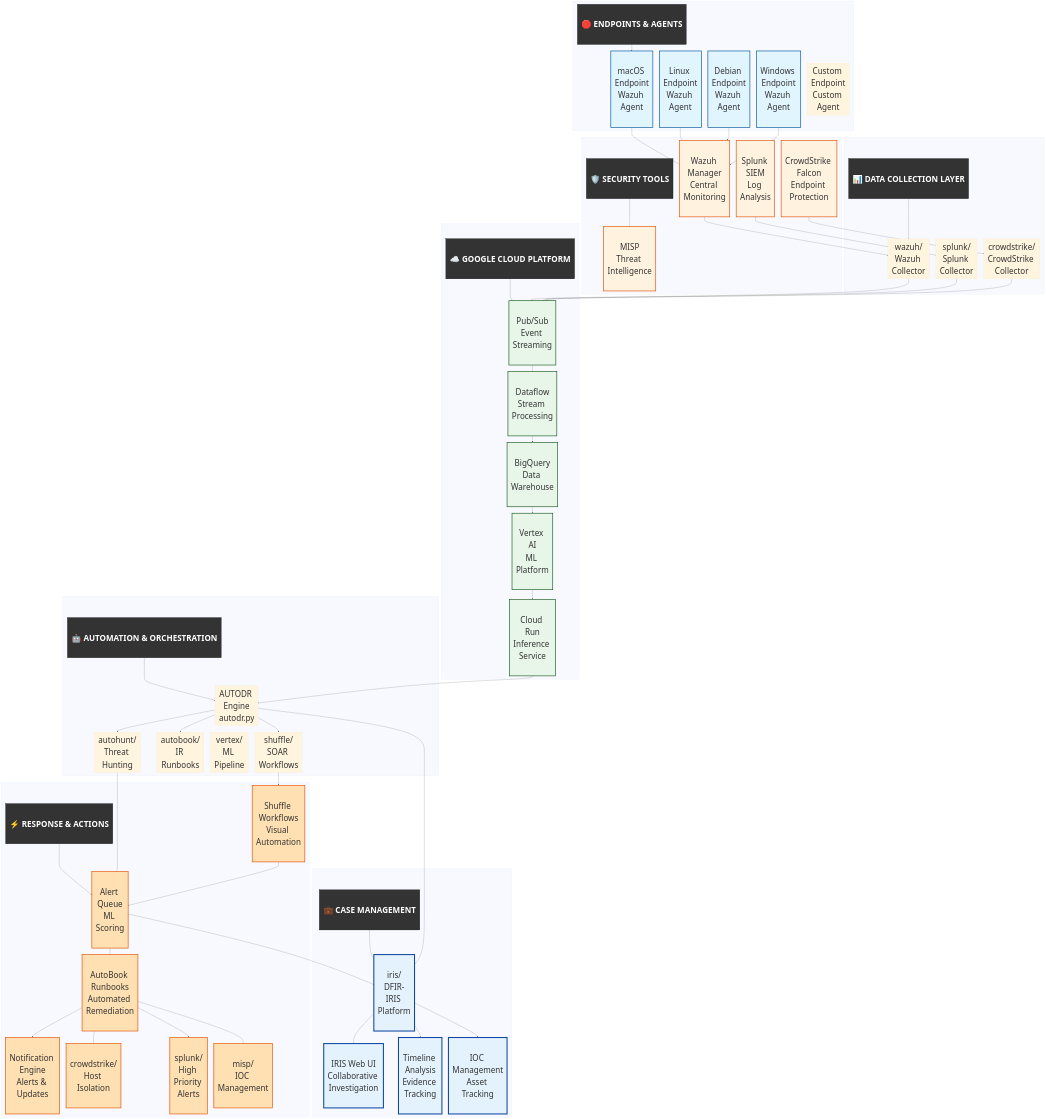
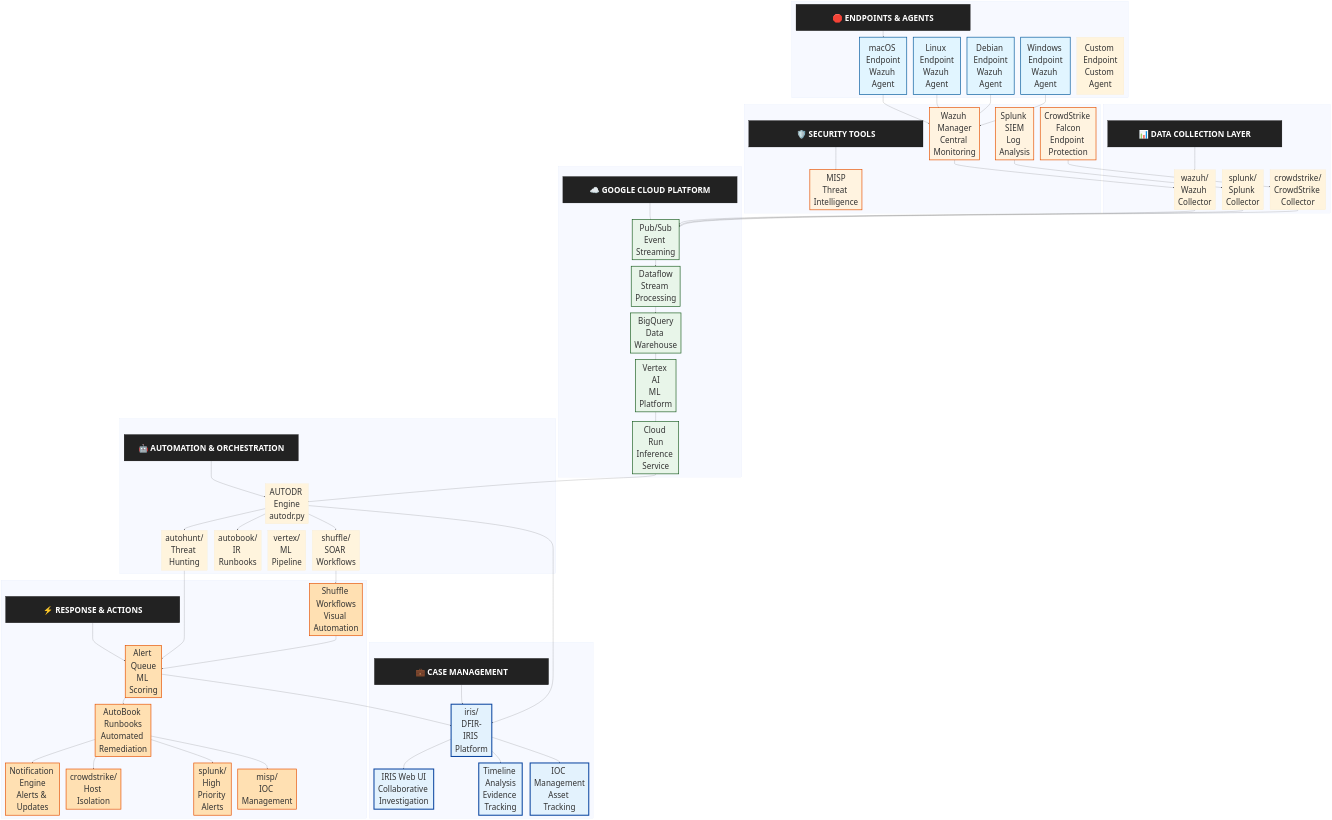
One commit to st-mn/autodr changed the diagram in README.md. Above: the diagram before and after it, drawn with Mermaid.

````diff
--- a/README.md
+++ b/README.md
@@ -61,17 +61,17 @@
 ```mermaid
-%%{init: { 'theme': 'base', 'themeVariables': { 'fontSize': '62px', 'subgraphFontSize': '10px', 'edgeFontSize': '30px', 'nodeSpacing': 200, 'rankSpacing': 300, 'clusterPadding': 100 } } }%%
+%%{init: { 'theme': 'base', 'themeVariables': { 'fontSize': '62px', 'subgraphFontSize': '10px', 'edgeFontSize': '30px', 'nodeSpacing': 300, 'rankSpacing': 300, 'clusterPadding': 80 } } }%%
 graph TB
     subgraph Endpoints[" "]
-        Header1["🛑&nbsp;ENDPOINTS&nbsp;&&nbsp;AGENTS"]:::sectionHeader --> MacOS
-        MacOS["macOS Endpoint<br/>Wazuh Agent"]
-        Linux["Linux Endpoint<br/>Wazuh Agent"]
-        Debian["Debian Endpoint<br/>Wazuh Agent"]
-        Windows["Windows Endpoint<br/>Wazuh Agent"]
-        CustomAgent["Custom Endpoint<br/>Custom Agent"]
+        Header1["<div style='min-width:1200px; padding:40px;'>🛑&nbsp;ENDPOINTS&nbsp;&&nbsp;AGENTS</div>"]:::sectionHeader --> MacOS
+        MacOS["<div style='padding:20px;'>macOS Endpoint<br/>Wazuh Agent</div>"]
+        Linux["<div style='padding:20px;'>Linux Endpoint<br/>Wazuh Agent</div>"]
+        Debian["<div style='padding:20px;'>Debian Endpoint<br/>Wazuh Agent</div>"]
+        Windows["<div style='padding:20px;'>Windows Endpoint<br/>Wazuh Agent</div>"]
+        CustomAgent["<div style='padding:20px;'>Custom Endpoint<br/>Custom Agent</div>"]
     end
 
     subgraph SecurityTools[" "]
-        Header2["🛡️&nbsp;SECURITY&nbsp;TOOLS"]:::sectionHeader --> MISP
+        Header2["<div style='min-width:1200px; padding:40px;'>🛡️&nbsp;SECURITY&nbsp;TOOLS</div>"]:::sectionHeader --> MISP
         MISP["MISP<br/>Threat Intelligence"]
         WazuhManager["Wazuh Manager<br/>Central Monitoring"]
         Splunk["Splunk SIEM<br/>Log Analysis"]
@@ -79,14 +79,14 @@
     end
 
     subgraph DataCollection[" "]
-        Header3["📊&nbsp;DATA&nbsp;COLLECTION&nbsp;LAYER"]:::sectionHeader --> WazuhCollector
+        Header3["<div style='min-width:1200px; padding:40px;'>📊&nbsp;DATA&nbsp;COLLECTION&nbsp;LAYER</div>"]:::sectionHeader --> WazuhCollector
         WazuhCollector["wazuh/<br/>Wazuh Collector"]
         SplunkCollector["splunk/<br/>Splunk Collector"]
         CrowdStrikeCollector["crowdstrike/<br/>CrowdStrike Collector"]
     end
 
     subgraph GCP[" "]
-        Header4["☁️&nbsp;GOOGLE&nbsp;CLOUD&nbsp;PLATFORM"]:::sectionHeader --> PubSub
+        Header4["<div style='min-width:1200px; padding:40px;'>☁️&nbsp;GOOGLE&nbsp;CLOUD&nbsp;PLATFORM</div>"]:::sectionHeader --> PubSub
         PubSub["Pub/Sub<br/>Event Streaming"]
         Dataflow["Dataflow<br/>Stream Processing"]
         BigQuery["BigQuery<br/>Data Warehouse"]
@@ -95,7 +95,7 @@
     end
 
     subgraph AutomationLayer[" "]
-        Header5["🤖&nbsp;AUTOMATION&nbsp;&&nbsp;ORCHESTRATION"]:::sectionHeader --> AUTODR
+        Header5["<div style='min-width:1200px; padding:40px;'>🤖&nbsp;AUTOMATION&nbsp;&&nbsp;ORCHESTRATION</div>"]:::sectionHeader --> AUTODR
         AUTODR["AUTODR Engine<br/>autodr.py"]
         AutoHunt["autohunt/<br/>Threat Hunting"]
         AutoBook["autobook/<br/>IR Runbooks"]
@@ -104,7 +104,7 @@
     end
 
     subgraph CaseManagement[" "]
-        Header6["💼&nbsp;CASE&nbsp;MANAGEMENT"]:::sectionHeader --> IRIS
+        Header6["<div style='min-width:1200px; padding:40px;'>💼&nbsp;CASE&nbsp;MANAGEMENT</div>"]:::sectionHeader --> IRIS
         IRIS["iris/<br/>DFIR-IRIS Platform"]
         IRISWeb["IRIS Web UI<br/>Collaborative Investigation"]
         IRISTimeline["Timeline Analysis<br/>Evidence Tracking"]
@@ -112,7 +112,7 @@
     end
 
     subgraph ResponseActions[" "]
-        Header7["⚡&nbsp;RESPONSE&nbsp;&&nbsp;ACTIONS"]:::sectionHeader --> AlertQueue
+        Header7["<div style='min-width:1200px; padding:40px;'>⚡&nbsp;RESPONSE&nbsp;&&nbsp;ACTIONS</div>"]:::sectionHeader --> AlertQueue
         AlertQueue["Alert Queue<br/>ML Scoring"]
         ShuffleWorkflows["Shuffle Workflows<br/>Visual Automation"]
         ResponsePlaybooks["AutoBook Runbooks<br/>Automated Remediation"]
@@ -122,7 +122,7 @@
         MISPIntegration["misp/<br/>IOC Management"]
     end
 
-    %% Logic Connections
+    %% Flow Connections
     WazuhManager --> WazuhCollector
     Splunk --> SplunkCollector
     CrowdStrike --> CrowdStrikeCollector
@@ -131,7 +131,6 @@
     CloudRun --> AUTODR
     AUTODR --> AutoHunt & AutoBook & Shuffle & IRIS
     
-    %% Specific Data Links
     MacOS & Linux & Debian & Windows --> WazuhManager
     AutoHunt --> AlertQueue
     Shuffle --> ShuffleWorkflows --> AlertQueue
@@ -139,13 +138,13 @@
     ResponsePlaybooks --> NotificationEngine & CrowdStrikeResponse & SplunkAlert & MISPIntegration
     IRIS --> IRISWeb & IRISTimeline & IRISIOC
 
-    %% Styling with High Padding instead of Width
-    classDef sectionHeader fill:#333,color:#fff,stroke:#000,stroke-width:2px,font-weight:bold,padding:60px
-    classDef endpoint fill:#e1f5ff,stroke:#01579b,stroke-width:5px,padding:40px
-    classDef security fill:#fff3e0,stroke:#e65100,stroke-width:5px,padding:40px
-    classDef gcp fill:#e8f5e9,stroke:#1b5e20,stroke-width:5px,padding:40px
-    classDef response fill:#ffe0b2,stroke:#e65100,stroke-width:5px,padding:40px
-    classDef casemanagement fill:#e3f2fd,stroke:#0d47a1,stroke-width:8px,padding:40px
+    %% CSS Classes
+    classDef sectionHeader fill:#222,color:#fff,stroke:#000,stroke-width:2px,font-weight:bold
+    classDef endpoint fill:#e1f5ff,stroke:#01579b,stroke-width:5px
+    classDef security fill:#fff3e0,stroke:#e65100,stroke-width:5px
+    classDef gcp fill:#e8f5e9,stroke:#1b5e20,stroke-width:5px
+    classDef response fill:#ffe0b2,stroke:#e65100,stroke-width:5px
+    classDef casemanagement fill:#e3f2fd,stroke:#0d47a1,stroke-width:8px
 
     class MacOS,Linux,Debian,Windows endpoint
     class WazuhManager,Splunk,CrowdStrike,MISP security
````
